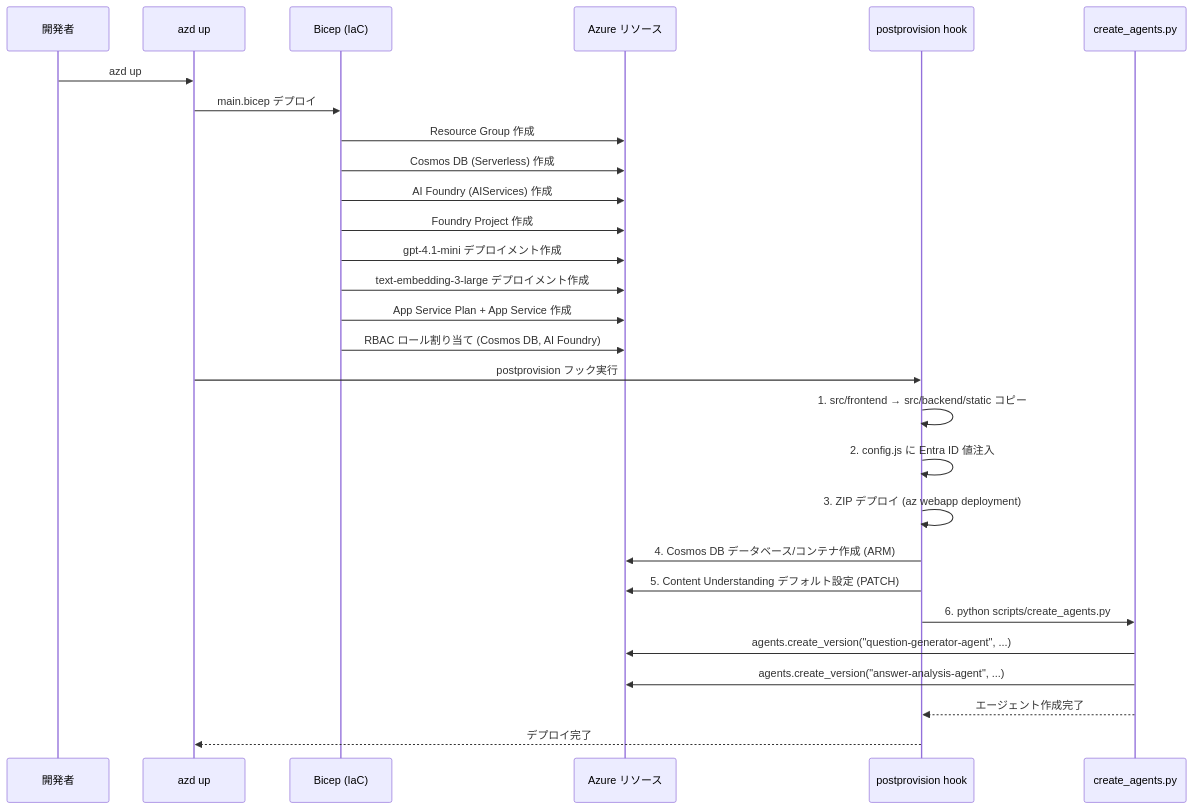
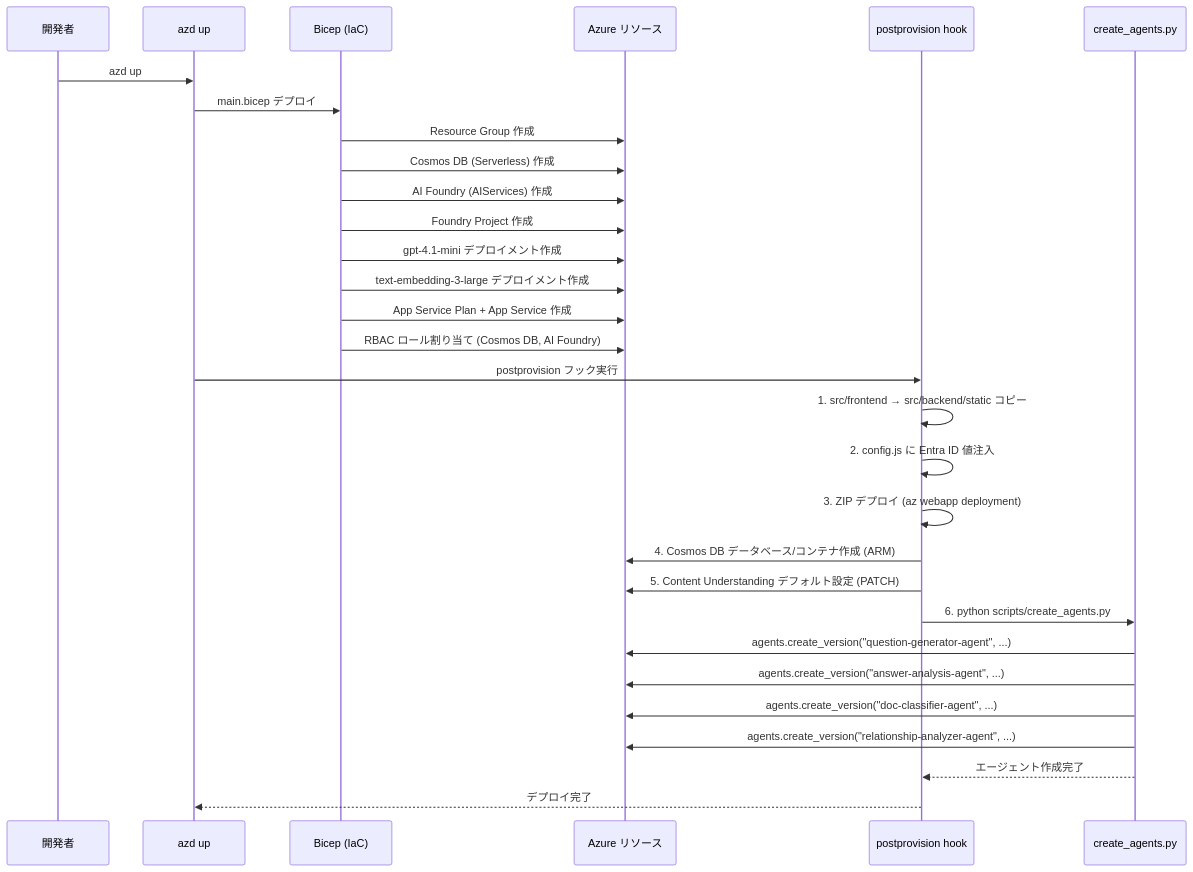
One commit to hatasaki/Manufacturing-Intelligent-Document-Management changed diagram 14 of 20 in docs/ARCHITECTURE.md. Above: the diagram before and after it, drawn with Mermaid. The commit also changed other lines of this file and 15 other files, not shown here.

````diff
--- a/docs/ARCHITECTURE.md
+++ b/docs/ARCHITECTURE.md
@@ -475,31 +509,33 @@
 ```mermaid
 sequenceDiagram
     participant Dev as 開発者
     participant AZD as azd up
     participant Bicep as Bicep (IaC)
     participant Azure as Azure リソース
     participant Hook as postprovision hook
     participant Script as create_agents.py
 
     Dev->>AZD: azd up
     AZD->>Bicep: main.bicep デプロイ
     Bicep->>Azure: Resource Group 作成
     Bicep->>Azure: Cosmos DB (Serverless) 作成
     Bicep->>Azure: AI Foundry (AIServices) 作成
     Bicep->>Azure: Foundry Project 作成
     Bicep->>Azure: gpt-4.1-mini デプロイメント作成
     Bicep->>Azure: text-embedding-3-large デプロイメント作成
     Bicep->>Azure: App Service Plan + App Service 作成
     Bicep->>Azure: RBAC ロール割り当て (Cosmos DB, AI Foundry)
     AZD->>Hook: postprovision フック実行
     Hook->>Hook: 1. src/frontend → src/backend/static コピー
     Hook->>Hook: 2. config.js に Entra ID 値注入
     Hook->>Hook: 3. ZIP デプロイ (az webapp deployment)
     Hook->>Azure: 4. Cosmos DB データベース/コンテナ作成 (ARM)
     Hook->>Azure: 5. Content Understanding デフォルト設定 (PATCH)
     Hook->>Script: 6. python scripts/create_agents.py
     Script->>Azure: agents.create_version("question-generator-agent", ...)
     Script->>Azure: agents.create_version("answer-analysis-agent", ...)
+    Script->>Azure: agents.create_version("doc-classifier-agent", ...)
+    Script->>Azure: agents.create_version("relationship-analyzer-agent", ...)
     Script-->>Hook: エージェント作成完了
     Hook-->>AZD: デプロイ完了
 ```
````
